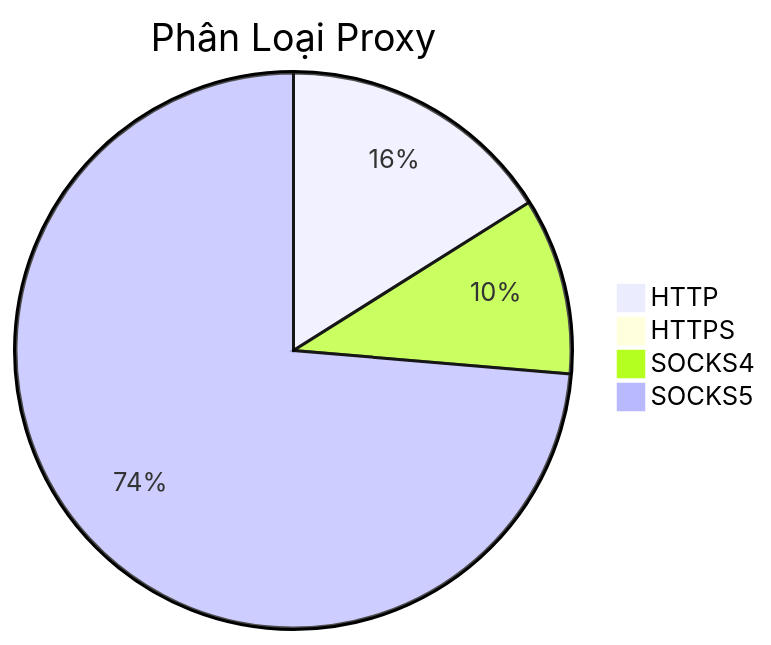
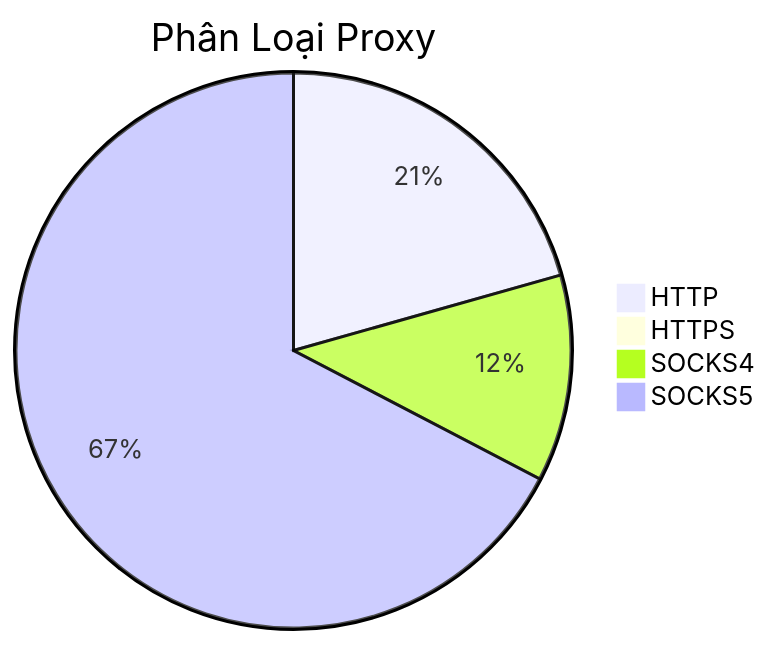
The diagram in README.md (Ciara-Aa/PROXY-free), drawn with Mermaid before and after one commit. The commit also changed other lines of this file and 4 other files, not shown here.

````diff
--- a/README.md
+++ b/README.md
@@ -26,7 +26,7 @@
 ```mermaid
 pie title Phân Loại Proxy
-    "HTTP" : 414
-    "HTTPS" : 0
-    "SOCKS4" : 265
-    "SOCKS5" : 1898
+    "HTTP" : 413
+    "HTTPS" : 1
+    "SOCKS4" : 241
+    "SOCKS5" : 1349
 ```
````
